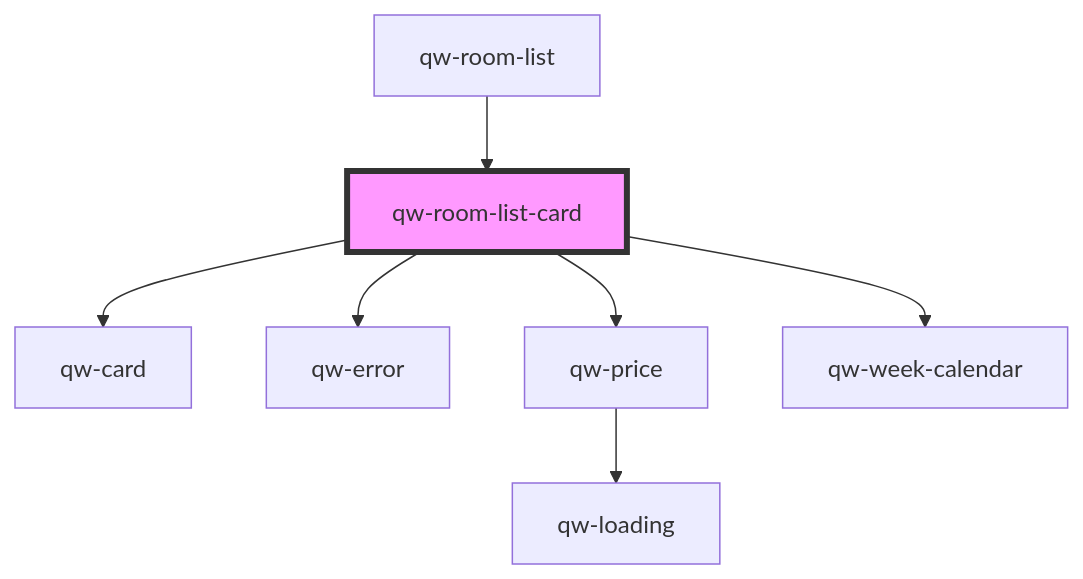
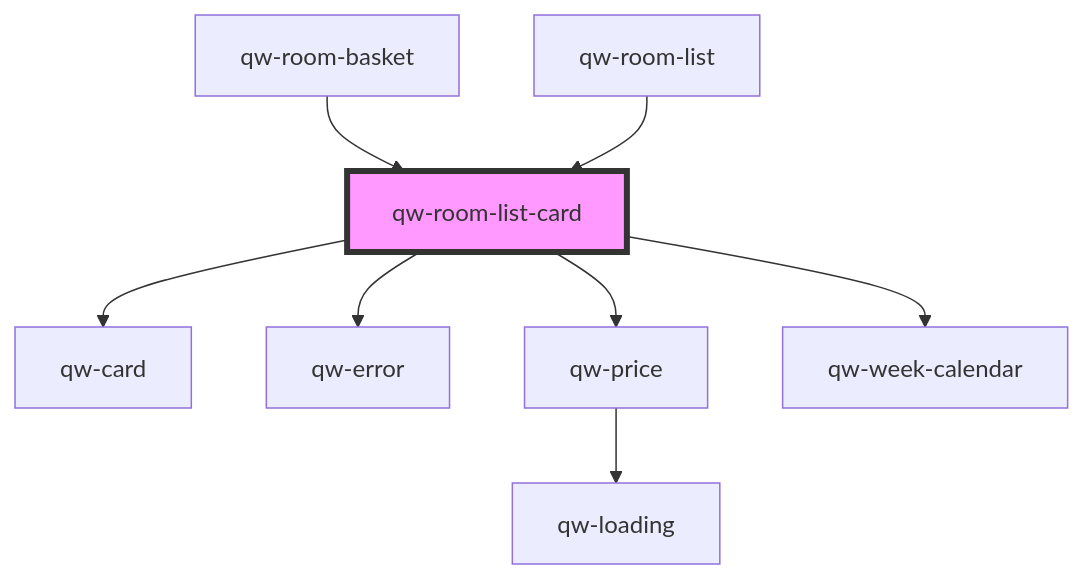
One commit to qwentes-team/qw-hotels changed the diagram in src/components/qw-room-list/qw-room-list-card/readme.md. Above: the diagram before and after it, drawn with Mermaid. The commit also changed other lines of this file and 11 other files, not shown here.

Commit message:
feat(qw-room-basket): component

````diff
--- a/src/components/qw-room-list/qw-room-list-card/readme.md
+++ b/src/components/qw-room-list/qw-room-list-card/readme.md
@@ -48,10 +54,11 @@
 ```mermaid
 graph TD;
   qw-room-list-card --> qw-card
   qw-room-list-card --> qw-error
   qw-room-list-card --> qw-price
   qw-room-list-card --> qw-week-calendar
   qw-price --> qw-loading
+  qw-room-basket --> qw-room-list-card
   qw-room-list --> qw-room-list-card
   style qw-room-list-card fill:#f9f,stroke:#333,stroke-width:4px
 ```
````
